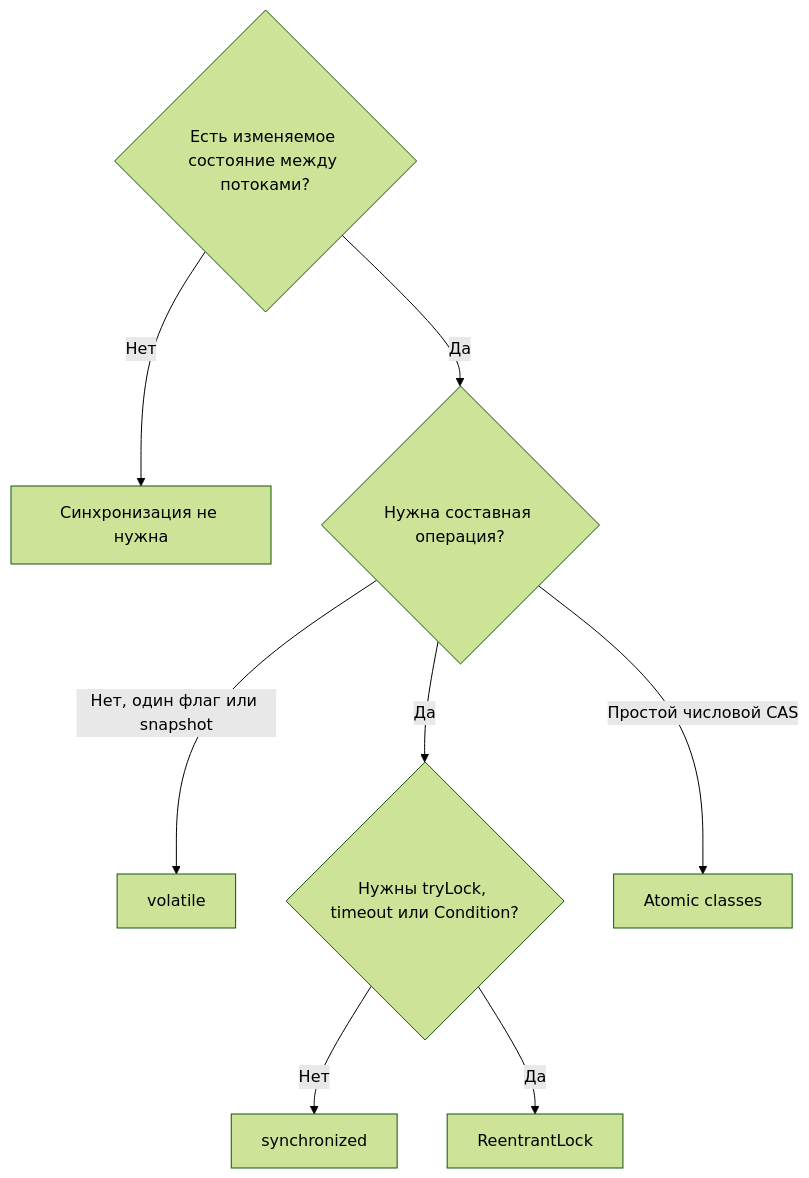
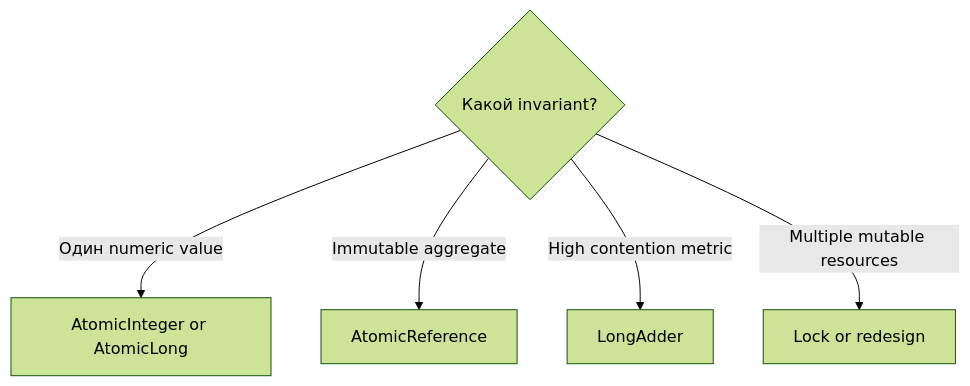
One commit to alimbetov/obsidian changed the second of 2 diagrams in 10_CONCEPTS/Java/Concurrency/Concurrency Learning Path.md. Above: the diagram before and after it, drawn with Mermaid (forest theme). The commit also changed other lines of this file, not shown here.

````diff
--- a/10_CONCEPTS/Java/Concurrency/Concurrency Learning Path.md
+++ b/10_CONCEPTS/Java/Concurrency/Concurrency Learning Path.md
@@ -88,10 +73,7 @@
 ```mermaid
 flowchart TD
-    A{Есть изменяемое состояние между потоками?} -->|Нет| Z[Синхронизация не нужна]
-    A -->|Да| B{Нужна составная операция?}
-    B -->|Нет, один флаг или snapshot| C[volatile]
-    B -->|Да| D{Нужны tryLock, timeout или Condition?}
-    D -->|Нет| E[synchronized]
-    D -->|Да| F[ReentrantLock]
-    B -->|Простой числовой CAS| G[Atomic classes]
+    A{Какой invariant?} -->|Один numeric value| B[AtomicInteger or AtomicLong]
+    A -->|Immutable aggregate| C[AtomicReference]
+    A -->|High contention metric| D[LongAdder]
+    A -->|Multiple mutable resources| E[Lock or redesign]
 ```
````
